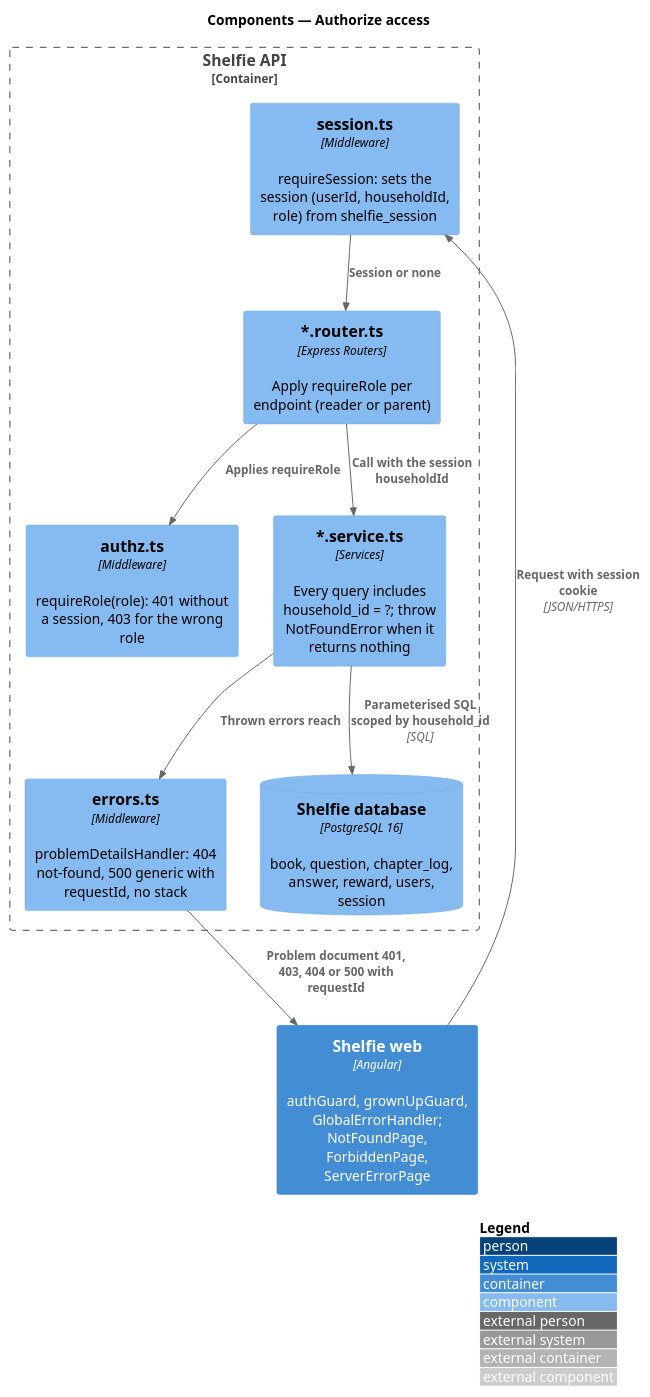
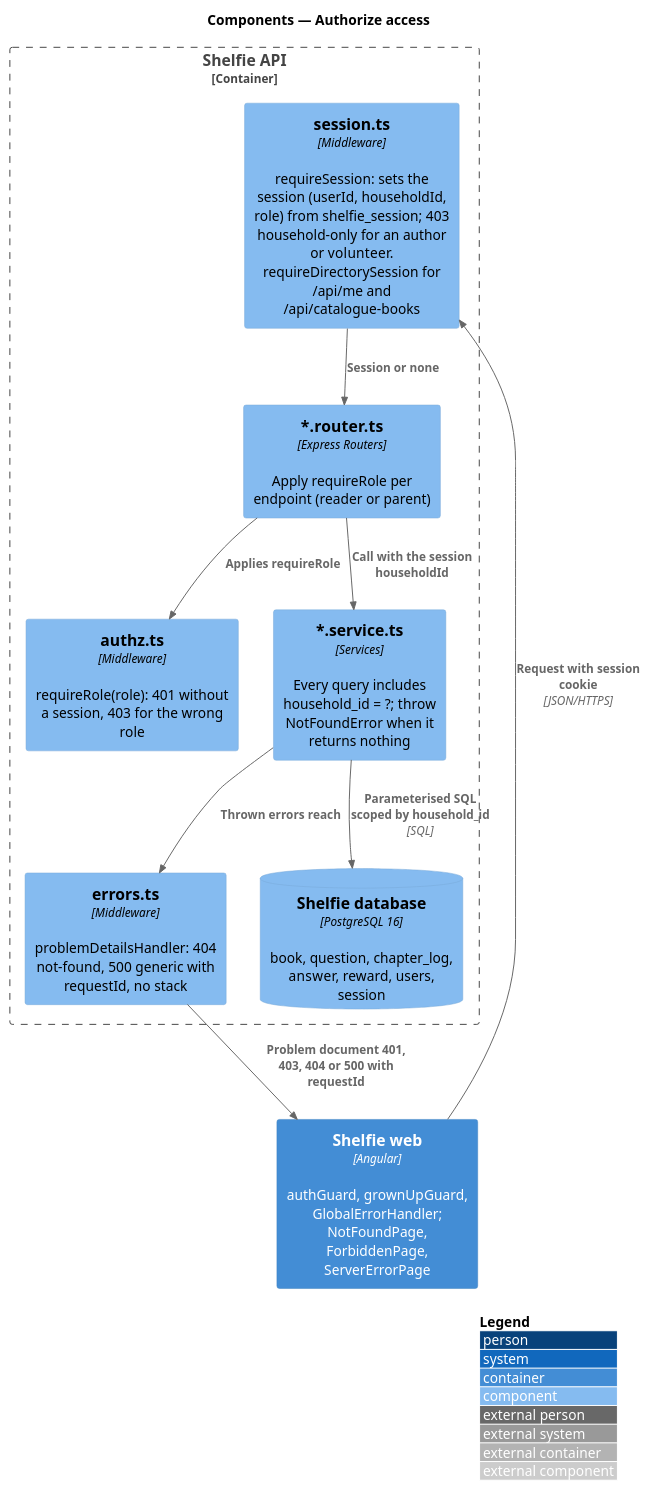
The diagram in docs/detailed-designs/sign-in/authorize-access/diagrams/c4-component.puml (QuinntyneBrown/shelfie), drawn with PlantUML before and after one commit. The commit also changed 74 other files, not shown here.

First line of the commit message:
Detailed designs and estimates: author and volunteer profiles, the parent's directory, profile approval

```diff
--- a/docs/detailed-designs/sign-in/authorize-access/diagrams/c4-component.puml
+++ b/docs/detailed-designs/sign-in/authorize-access/diagrams/c4-component.puml
@@ -1,22 +1,22 @@
 @startuml
 !include <C4/C4_Component>
 LAYOUT_WITH_LEGEND()
 title Components — Authorize access
 
 Container(web, "Shelfie web", "Angular", "authGuard, grownUpGuard, GlobalErrorHandler; NotFoundPage, ForbiddenPage, ServerErrorPage")
 Container_Boundary(api, "Shelfie API") {
-  Component(sessionMw, "session.ts", "Middleware", "requireSession: sets the session (userId, householdId, role) from shelfie_session")
+  Component(sessionMw, "session.ts", "Middleware", "requireSession: sets the session (userId, householdId, role) from shelfie_session; 403 household-only for an author or volunteer. requireDirectorySession for /api/me and /api/catalogue-books")
   Component(authz, "authz.ts", "Middleware", "requireRole(role): 401 without a session, 403 for the wrong role")
   Component(routers, "*.router.ts", "Express Routers", "Apply requireRole per endpoint (reader or parent)")
   Component(services, "*.service.ts", "Services", "Every query includes household_id = ?; throw NotFoundError when it returns nothing")
     Component(errors, "errors.ts", "Middleware", "problemDetailsHandler: 404 not-found, 500 generic with requestId, no stack")
   ComponentDb(db, "Shelfie database", "PostgreSQL 16", "book, question, chapter_log, answer, reward, users, session")
 }
 Rel(web, sessionMw, "Request with session cookie", "JSON/HTTPS")
 Rel(sessionMw, routers, "Session or none")
 Rel(routers, authz, "Applies requireRole")
 Rel(routers, services, "Call with the session householdId")
 Rel(services, db, "Parameterised SQL scoped by household_id", "SQL")
 Rel(services, errors, "Thrown errors reach")
 Rel(errors, web, "Problem document 401, 403, 404 or 500 with requestId")
 @enduml
```
